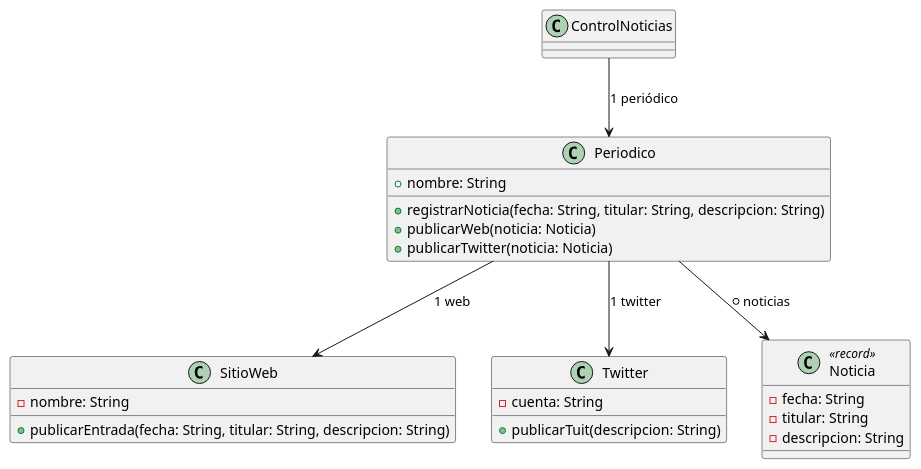
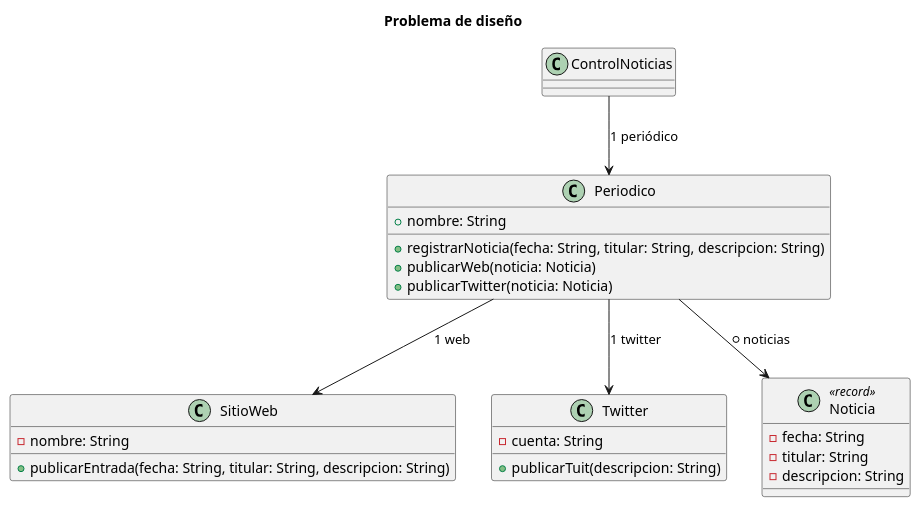
Before and after one commit to OverCV/PatronesSoftware: the diagram in .partials/observer/problema.plantuml, drawn with PlantUML. The commit also changed 18 other files, not shown here.

```diff
--- a/.partials/observer/problema.plantuml
+++ b/.partials/observer/problema.plantuml
@@ -1,33 +1,36 @@
 @startuml
+
+title Problema de diseño
+
 class ControlNoticias {
 }
 
 class Periodico {
     +nombre: String
     +registrarNoticia(fecha: String, titular: String, descripcion: String)
     +publicarWeb(noticia: Noticia)
     +publicarTwitter(noticia: Noticia)
 }
 
 class SitioWeb {
     -nombre: String
     +publicarEntrada(fecha: String, titular: String, descripcion: String)
 }
 
 class Twitter {
     -cuenta: String
     +publicarTuit(descripcion: String)
 }
 
 class Noticia <<record>> {
     -fecha: String
     -titular: String
     -descripcion: String
 }
 
 ControlNoticias --> Periodico : 1 periódico
 Periodico --> SitioWeb : 1 web
 Periodico --> Noticia : * noticias
 Periodico --> Twitter : 1 twitter
 
 @enduml
```
